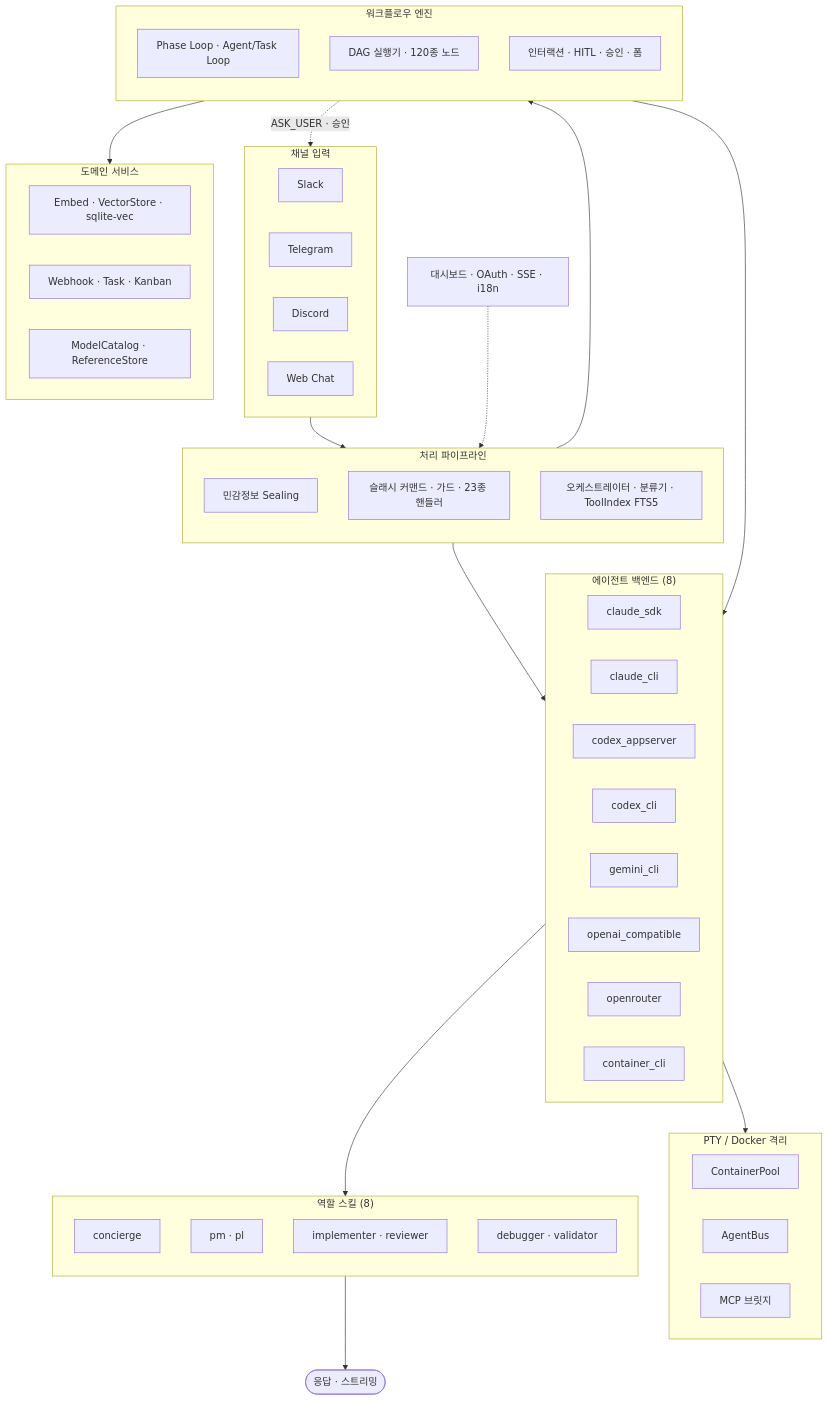
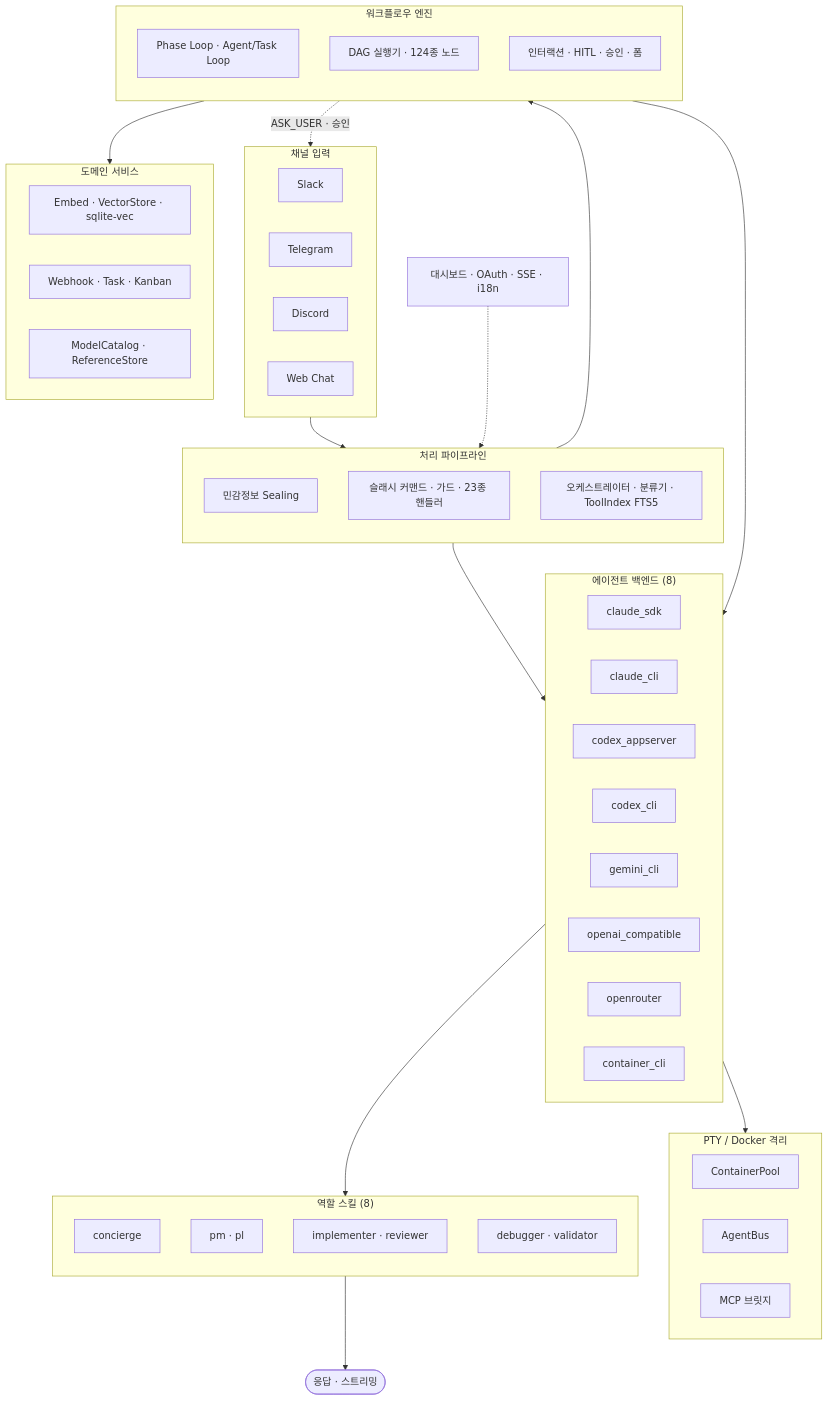
Before and after one commit to berrzebb/SoulFlow-Orchestrator: the first of 3 diagrams in README.md, drawn with Mermaid. The commit also changed other lines of this file and 7 other files, not shown here.

First line of the commit message:
docs: 문서 전면 개편 — 다이어그램 재작성·채널 선택화·빠른 시작 개선

````diff
--- a/README.md
+++ b/README.md
@@ -31,71 +31,71 @@
 ```mermaid
 flowchart TD
     subgraph Channels["채널 입력"]
         direction LR
         SL[Slack]
         TG[Telegram]
         DS[Discord]
         WEB[Web Chat]
     end
 
     subgraph Pipeline["처리 파이프라인"]
         direction TB
         SEAL[민감정보 Sealing]
         CMD[슬래시 커맨드 · 가드 · 23종 핸들러]
         ORCH[오케스트레이터 · 분류기 · ToolIndex FTS5]
     end
 
     subgraph Backends["에이전트 백엔드 (8)"]
         direction LR
         CSDK[claude_sdk]
         CCLI[claude_cli]
         CAPPS[codex_appserver]
         CCLIX[codex_cli]
         GCLI[gemini_cli]
         OAI[openai_compatible]
         ORT[openrouter]
         CTR[container_cli]
     end
 
     subgraph PTY["PTY / Docker 격리"]
         direction LR
         POOL[ContainerPool]
         BUS[AgentBus]
         BRIDGE[MCP 브릿지]
     end
 
     subgraph Workflows["워크플로우 엔진"]
         direction TB
         PL[Phase Loop · Agent/Task Loop]
-        DAG[DAG 실행기 · 120종 노드]
+        DAG[DAG 실행기 · 124종 노드]
         INTERACT[인터랙션 · HITL · 승인 · 폼]
     end
 
     subgraph Skills["역할 스킬 (8)"]
         direction TB
         BT[concierge]
         PM[pm · pl]
         IMPL[implementer · reviewer]
         DBG[debugger · validator]
     end
 
     subgraph Services["도메인 서비스"]
         direction LR
         EMBED[Embed · VectorStore · sqlite-vec]
         WEBHOOK[Webhook · Task · Kanban]
         CATALOG[ModelCatalog · ReferenceStore]
     end
 
     DASH[대시보드 · OAuth · SSE · i18n]
 
     Channels --> Pipeline
     Pipeline --> Backends
     Pipeline --> Workflows
     Workflows --> Backends
     INTERACT -.->|ASK_USER · 승인| Channels
     CTR --> PTY
     Backends --> Skills
     Skills --> OUT([응답 · 스트리밍])
     Workflows --> Services
     DASH -.-> Pipeline
 ```
````
